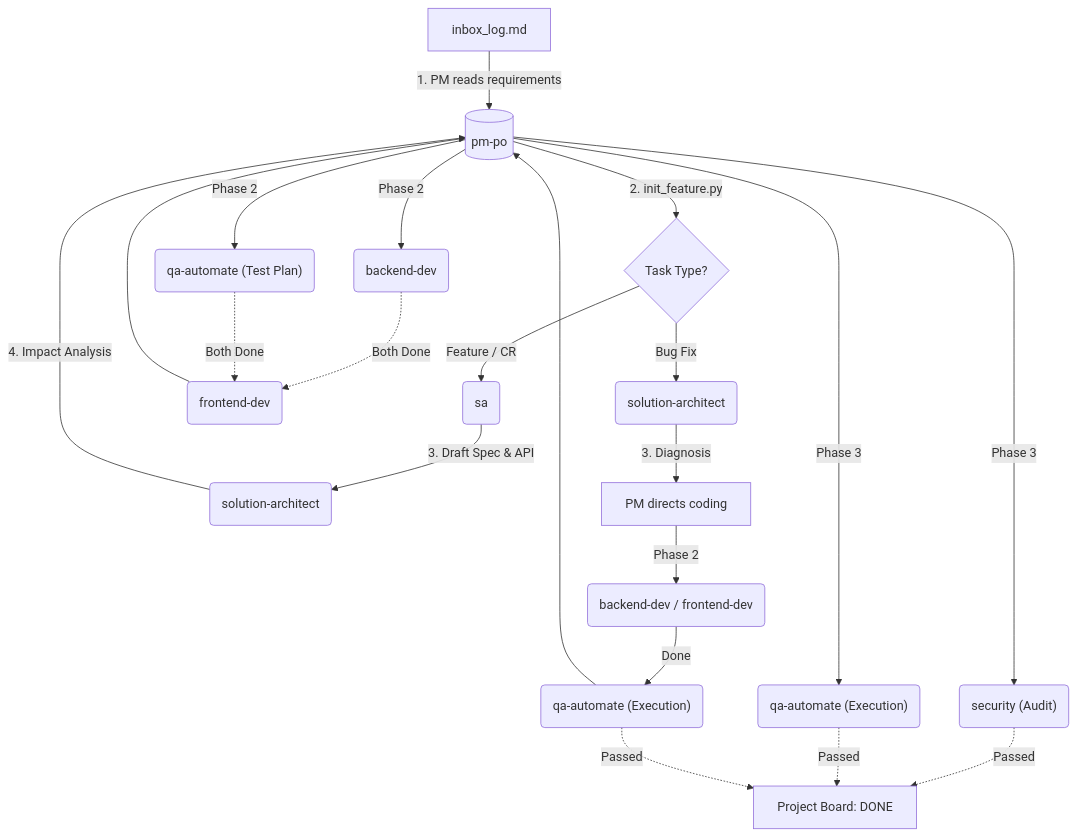
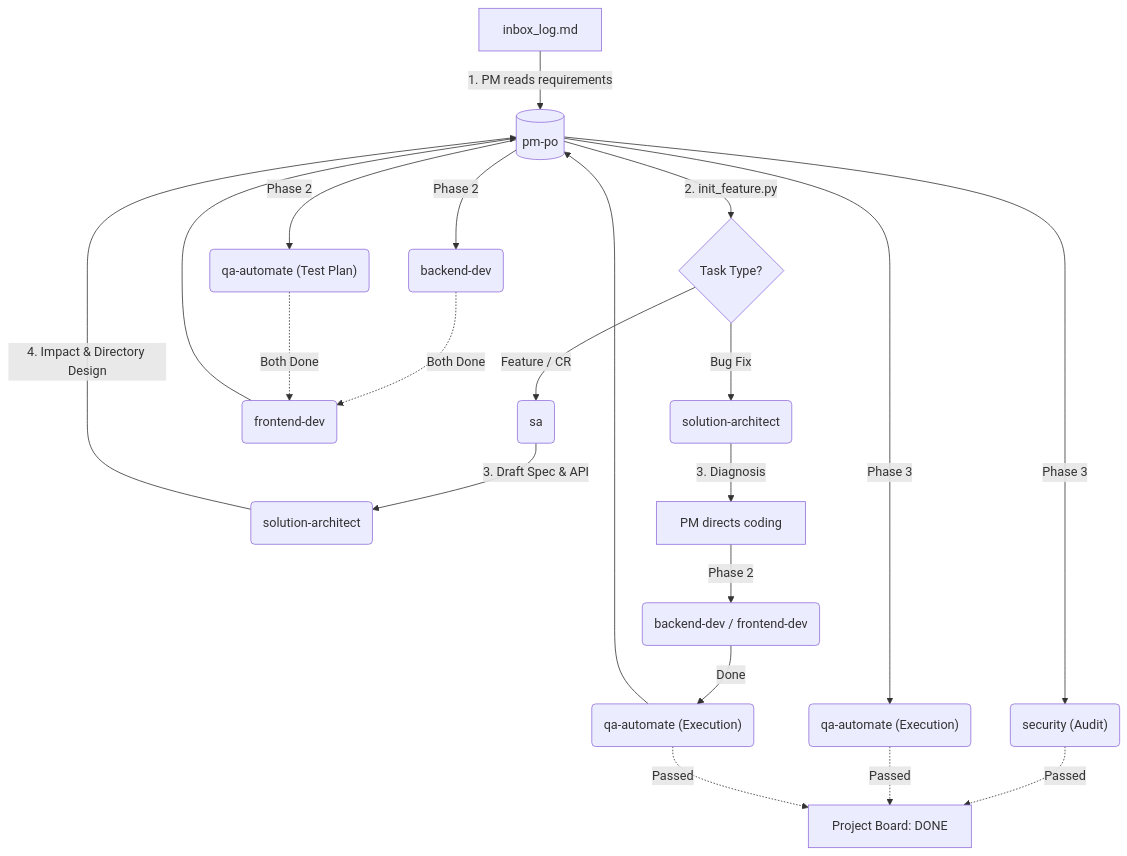
The first of 2 diagrams in README.md (supat29182/gemini-agent-team-template), drawn with Mermaid before and after one commit. The commit also changed other lines of this file and 1 other file, not shown here.

````diff
--- a/README.md
+++ b/README.md
@@ -16,29 +16,29 @@
 ```mermaid
 graph TD
     INBOX["inbox_log.md"] -->|"1. PM reads requirements"| PM[("pm-po")]
     PM -->|"2. init_feature.py"| Init{Task Type?}
     
     %% Feature & CR Flow
     Init -->|"Feature / CR"| SA("sa")
     SA -->|"3. Draft Spec & API"| ARCH("solution-architect")
-    ARCH -->|"4. Impact Analysis"| PM
+    ARCH -->|"4. Impact & Directory Design"| PM
     
     PM -->|"Phase 2"| BACK("backend-dev")
     PM -->|"Phase 2"| QA_P("qa-automate (Test Plan)")
     BACK & QA_P -.->|"Both Done"| FRONT("frontend-dev")
     FRONT --> PM
     
     PM -->|"Phase 3"| SEC("security (Audit)")
     PM -->|"Phase 3"| QA_E("qa-automate (Execution)")
     
     %% Bug Flow
     Init -->|"Bug Fix"| ARCH_BUG("solution-architect")
     ARCH_BUG -->|"3. Diagnosis"| PM_BUG[PM directs coding]
     PM_BUG -->|"Phase 2"| DEV_BUG("backend-dev / frontend-dev")
     DEV_BUG -->|"Done"| QA_BUG("qa-automate (Execution)")
     QA_BUG --> PM
     
     %% Verification & DONE
     SEC & QA_E -.->|"Passed"| DONE["Project Board: DONE"]
     QA_BUG -.->|"Passed"| DONE
 ```
````
